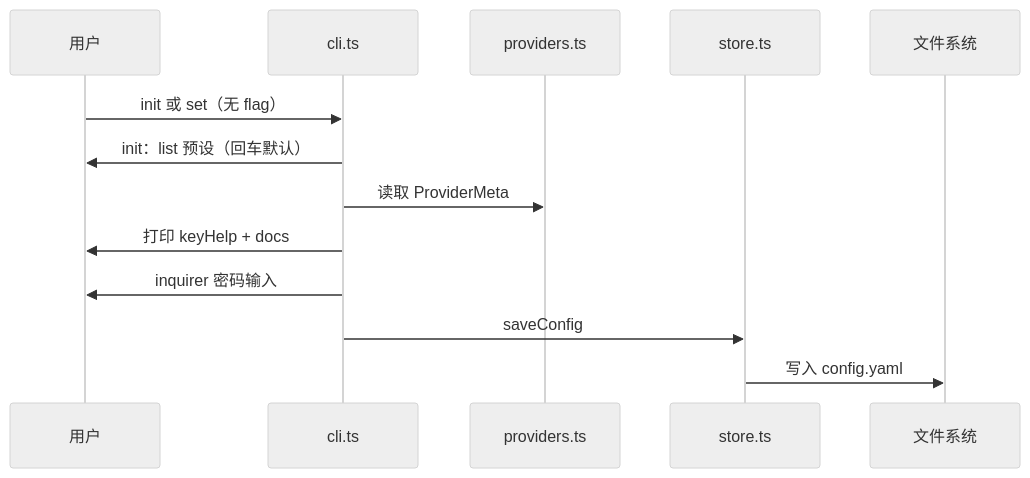
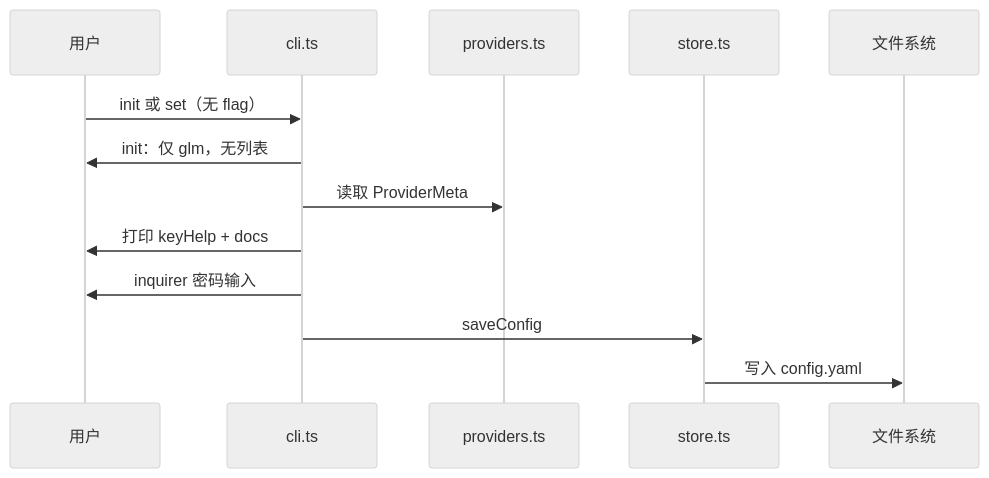
One commit to day253/claude-helper changed the second of 4 diagrams in doc/technical-guide-zh.md. Above: the diagram before and after it, drawn with Mermaid (neutral theme).

Commit message:
docs: fix init sequence diagram description
Made-with: Cursor

````diff
--- a/doc/technical-guide-zh.md
+++ b/doc/technical-guide-zh.md
@@ -119,15 +119,15 @@
 ```mermaid
 sequenceDiagram
   participant U as 用户
   participant CLI as cli.ts
   participant P as providers.ts
   participant ST as store.ts
   participant FS as 文件系统
   U->>CLI: init 或 set（无 flag）
-  CLI->>U: init：list 预设（回车默认）
+  CLI->>U: init：仅 glm，无列表
   CLI->>P: 读取 ProviderMeta
   CLI->>U: 打印 keyHelp + docs
   CLI->>U: inquirer 密码输入
   CLI->>ST: saveConfig
   ST->>FS: 写入 config.yaml
 ```
````
